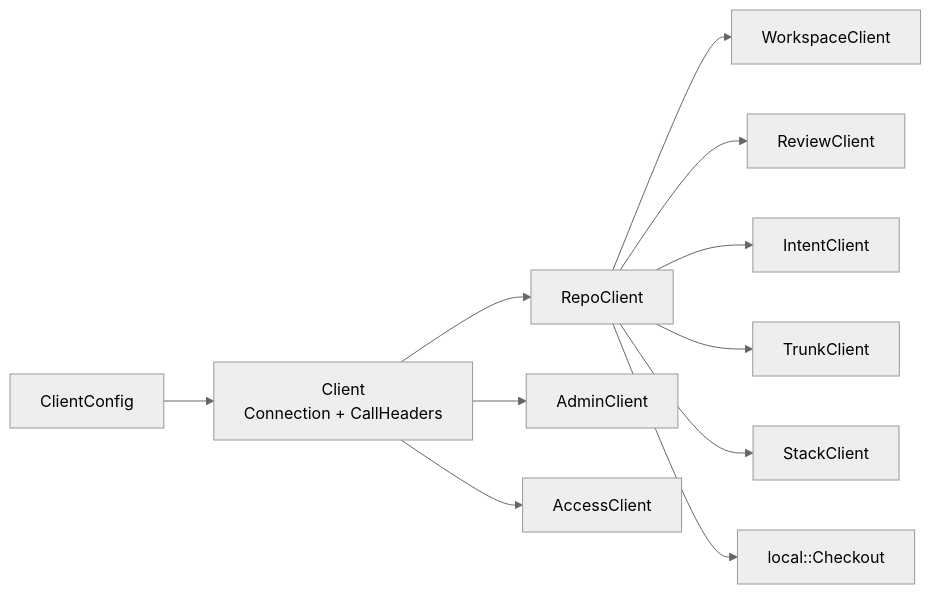
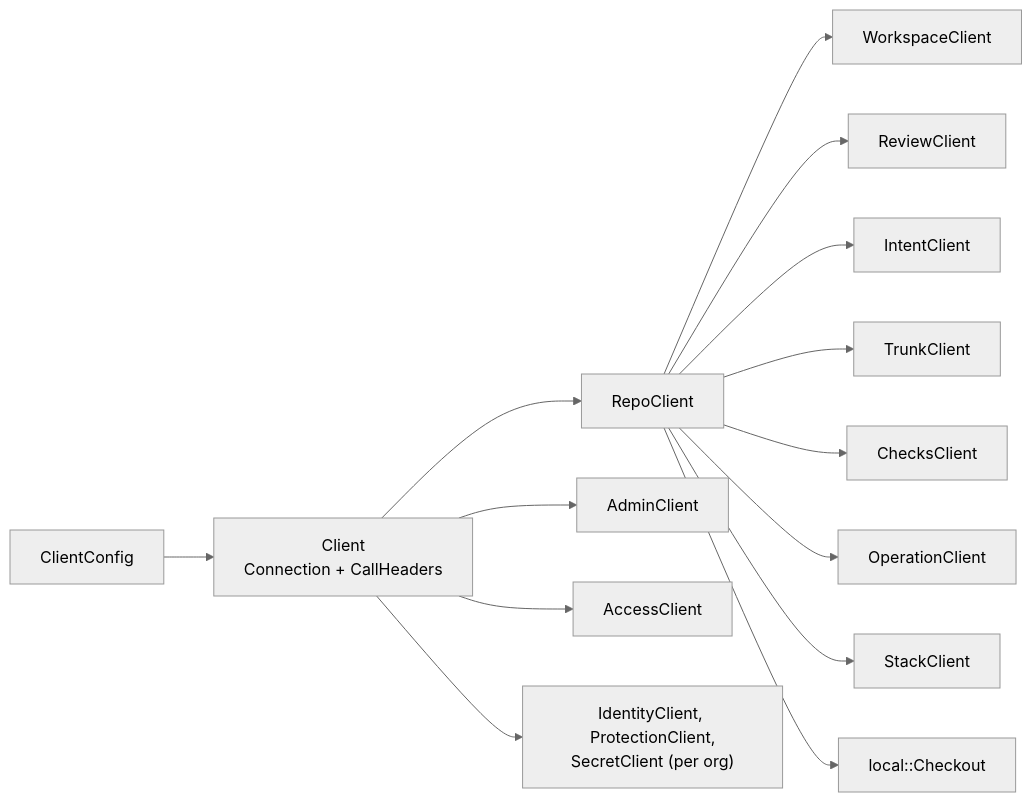
One commit to envoy1084/rill changed the first of 2 diagrams in architecture/08-clients/sdk.md. Above: the diagram before and after it, drawn with Mermaid (neutral theme). The commit also changed other lines of this file and 38 other files, not shown here.

````diff
--- a/architecture/08-clients/sdk.md
+++ b/architecture/08-clients/sdk.md
@@ -10,13 +10,16 @@
 ```mermaid
 flowchart LR
     Cfg[ClientConfig] --> Cl[Client<br/>Connection + CallHeaders]
     Cl --> Repo[RepoClient]
     Cl --> Admin[AdminClient]
     Cl --> Access[AccessClient]
+    Cl --> Id["IdentityClient, ProtectionClient,<br/>SecretClient (per org)"]
     Repo --> WS[WorkspaceClient]
     Repo --> Rv[ReviewClient]
     Repo --> In[IntentClient]
     Repo --> La[TrunkClient]
+    Repo --> Ck[ChecksClient]
+    Repo --> Op[OperationClient]
     Repo --> St[StackClient]
     Repo --> Co[local::Checkout]
 ```
````
